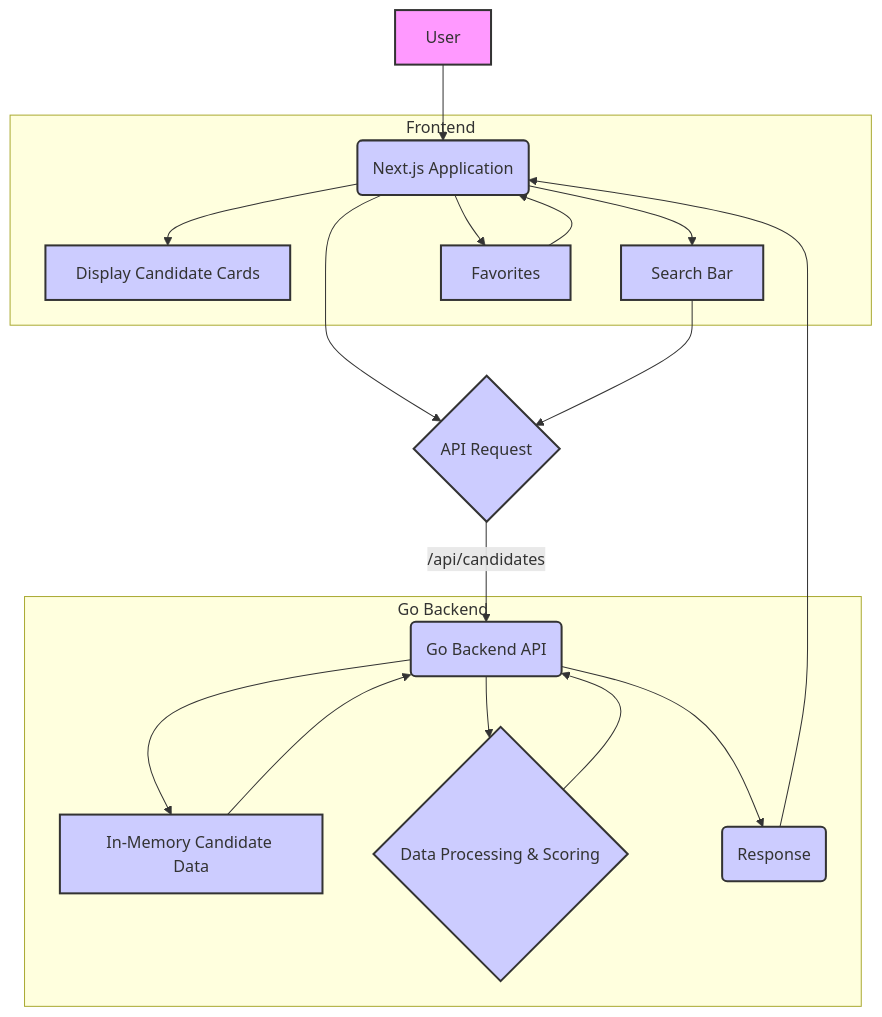
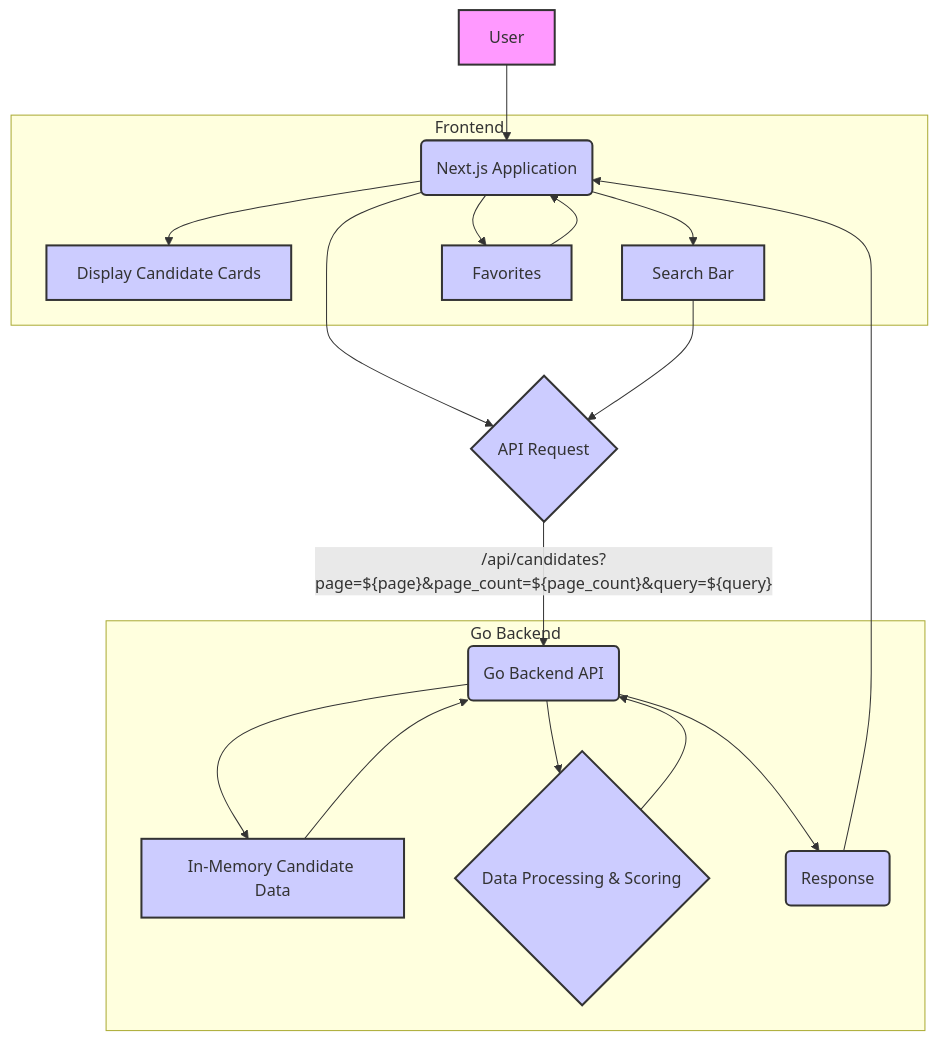
The diagram in README.md (prudhvir3ddy/hiring-score), drawn with Mermaid before and after one commit.

Commit message:
added query params in mermaid diagram

````diff
--- a/README.md
+++ b/README.md
@@ -87,36 +87,36 @@
 ```mermaid
 graph TD
     A[User] --> B(Next.js Application);
     B --> C{API Request};
-    C -- /api/candidates --> D(Go Backend API);
+    C -- /api/candidates?page=${page}&page_count=${page_count}&query=${query} --> D(Go Backend API);
     D --> E[In-Memory Candidate Data];
     E --> D;
     D --> F{Data Processing & Scoring};
     F --> D;
     D --> G(Response);
     G --> B;
     B --> H[Display Candidate Cards];
     B --> I[Search Bar];
     I --> C;
     B --> J[Favorites];
     J --> B;
 
     subgraph Go Backend
         D; E; F; G;
     end
 
     subgraph Frontend
         B; H; I; J;
     end
 
     style A fill:#f9f,stroke:#333,stroke-width:2px
     style B fill:#ccf,stroke:#333,stroke-width:2px
     style C fill:#ccf,stroke:#333,stroke-width:2px
     style D fill:#ccf,stroke:#333,stroke-width:2px
     style E fill:#ccf,stroke:#333,stroke-width:2px
     style F fill:#ccf,stroke:#333,stroke-width:2px
     style G fill:#ccf,stroke:#333,stroke-width:2px
     style H fill:#ccf,stroke:#333,stroke-width:2px
     style I fill:#ccf,stroke:#333,stroke-width:2px
     style J fill:#ccf,stroke:#333,stroke-width:2px
 ```
````
